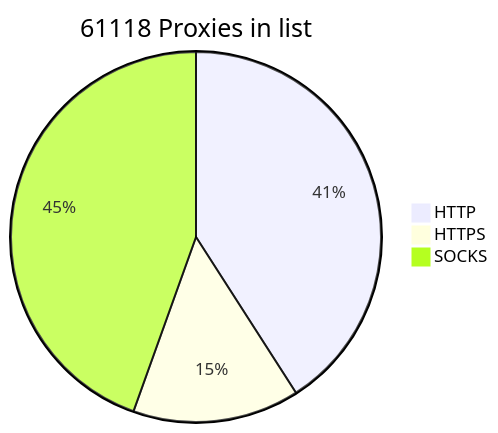
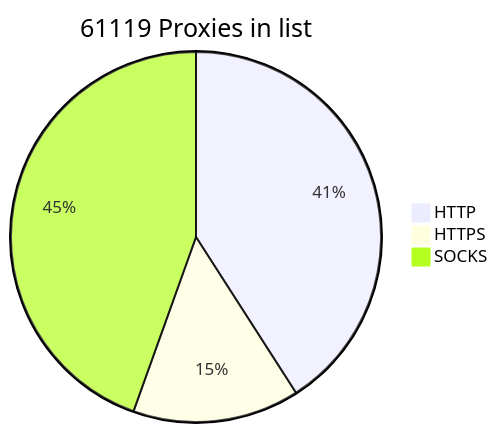
The diagram in README.md (BlackSnowDot/proxylist-update-every-minute), drawn with Mermaid before and after one commit.

````diff
--- a/README.md
+++ b/README.md
@@ -2,6 +2,6 @@
 ```mermaid
-pie title 61118 Proxies in list
+pie title 61119 Proxies in list
     "HTTP" : 28342
     "HTTPS": 10088
-    "SOCKS" : 30836
+    "SOCKS" : 30837
 ```
````
